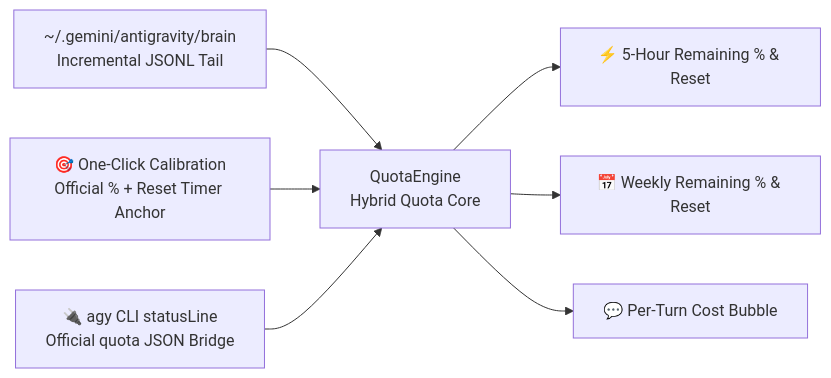
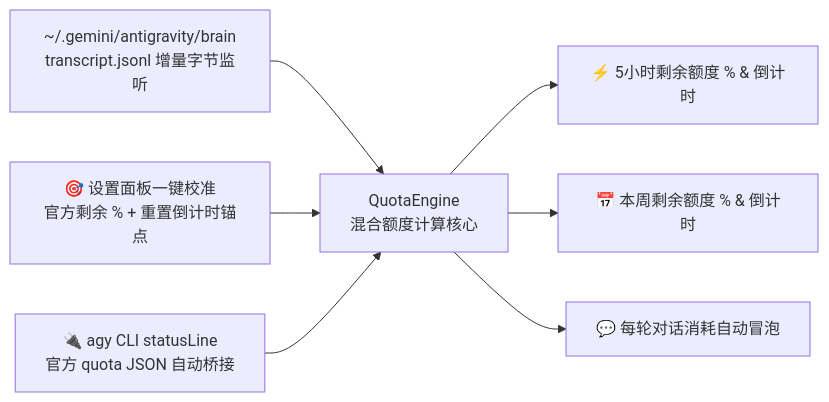
Before and after one commit to fornemadepi/Antigravity-Gemini-Quota-Pet: the diagram in README.md, drawn with Mermaid. The commit also changed other lines of this file, not shown here.

````diff
--- a/README.md
+++ b/README.md
@@ -96,9 +95,9 @@
 ```mermaid
 flowchart LR
-    A["~/.gemini/antigravity/brain<br/>Incremental JSONL Tail"] --> D["QuotaEngine<br/>Hybrid Quota Core"]
-    B["🎯 One-Click Calibration<br/>Official % + Reset Timer Anchor"] --> D
-    C["🔌 agy CLI statusLine<br/>Official quota JSON Bridge"] --> D
-    D --> E["⚡ 5-Hour Remaining % & Reset"]
-    D --> F["📅 Weekly Remaining % & Reset"]
-    D --> G["💬 Per-Turn Cost Bubble"]
+    A["~/.gemini/antigravity/brain<br/>transcript.jsonl 增量字节监听"] --> D["QuotaEngine<br/>混合额度计算核心"]
+    B["🎯 设置面板一键校准<br/>官方剩余 % + 重置倒计时锚点"] --> D
+    C["🔌 agy CLI statusLine<br/>官方 quota JSON 自动桥接"] --> D
+    D --> E["⚡ 5小时剩余额度 % & 倒计时"]
+    D --> F["📅 本周剩余额度 % & 倒计时"]
+    D --> G["💬 每轮对话消耗自动冒泡"]
 ```
````
